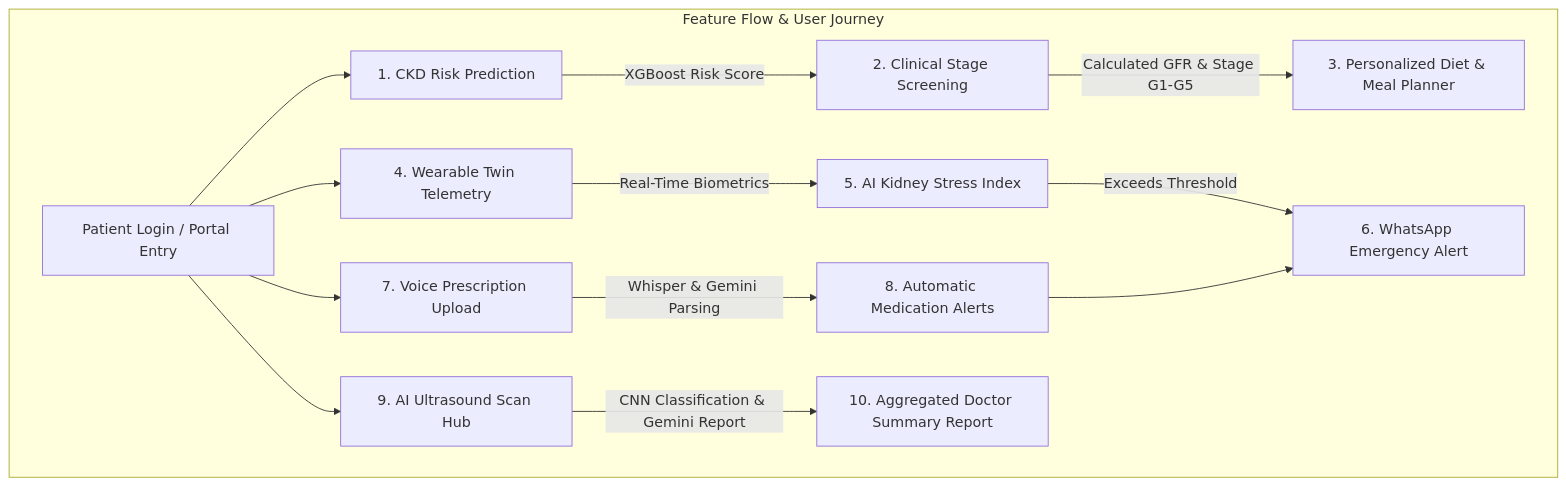
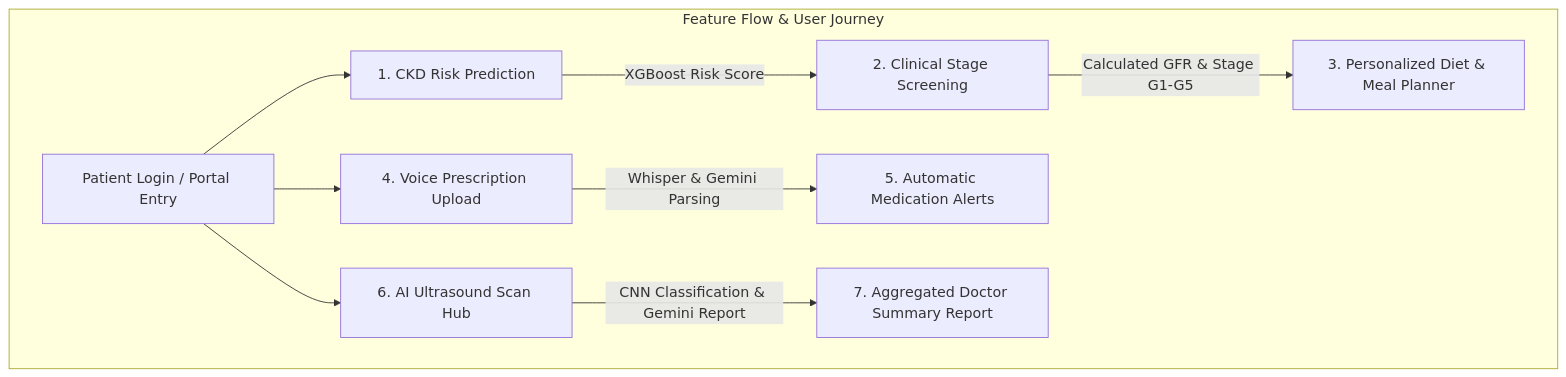
One commit to vimla01/nephrocareai changed the first of 2 diagrams in README.md. Above: the diagram before and after it, drawn with Mermaid.

Commit message:
readme modified

````diff
--- a/README.md
+++ b/README.md
@@ -75,19 +75,14 @@
 ```mermaid
 graph TD
     subgraph Feature Flow & User Journey
         Start[Patient Login / Portal Entry] --> Predict[1. CKD Risk Prediction]
         Predict -->|XGBoost Risk Score| Screen[2. Clinical Stage Screening]
         Screen -->|Calculated GFR & Stage G1-G5| Diet[3. Personalized Diet & Meal Planner]
 
-        Start --> Wear[4. Wearable Twin Telemetry]
-        Wear -->|Real-Time Biometrics| Stress[5. AI Kidney Stress Index]
-        Stress -->|Exceeds Threshold| Whatsapp[6. WhatsApp Emergency Alert]
+        Start --> Voice[4. Voice Prescription Upload]
+        Voice -->|Whisper & Gemini Parsing| Alerts[5. Automatic Medication Alerts]
 
-        Start --> Voice[7. Voice Prescription Upload]
-        Voice -->|Whisper & Gemini Parsing| Alerts[8. Automatic Medication Alerts]
-        Alerts --> Whatsapp
-
-        Start --> US[9. AI Ultrasound Scan Hub]
-        US -->|CNN Classification & Gemini Report| Summary[10. Aggregated Doctor Summary Report]
+        Start --> US[6. AI Ultrasound Scan Hub]
+        US -->|CNN Classification & Gemini Report| Summary[7. Aggregated Doctor Summary Report]
     end
 ```
````
